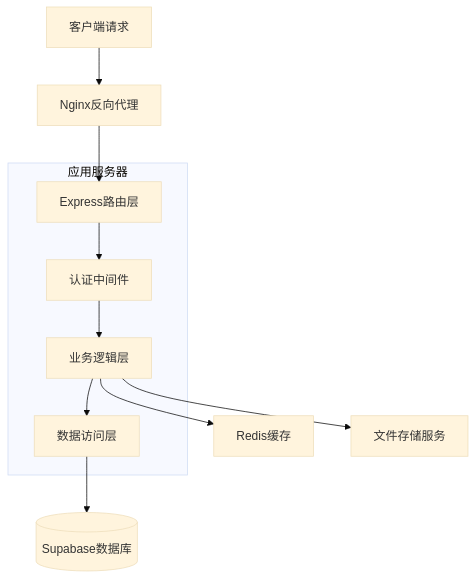
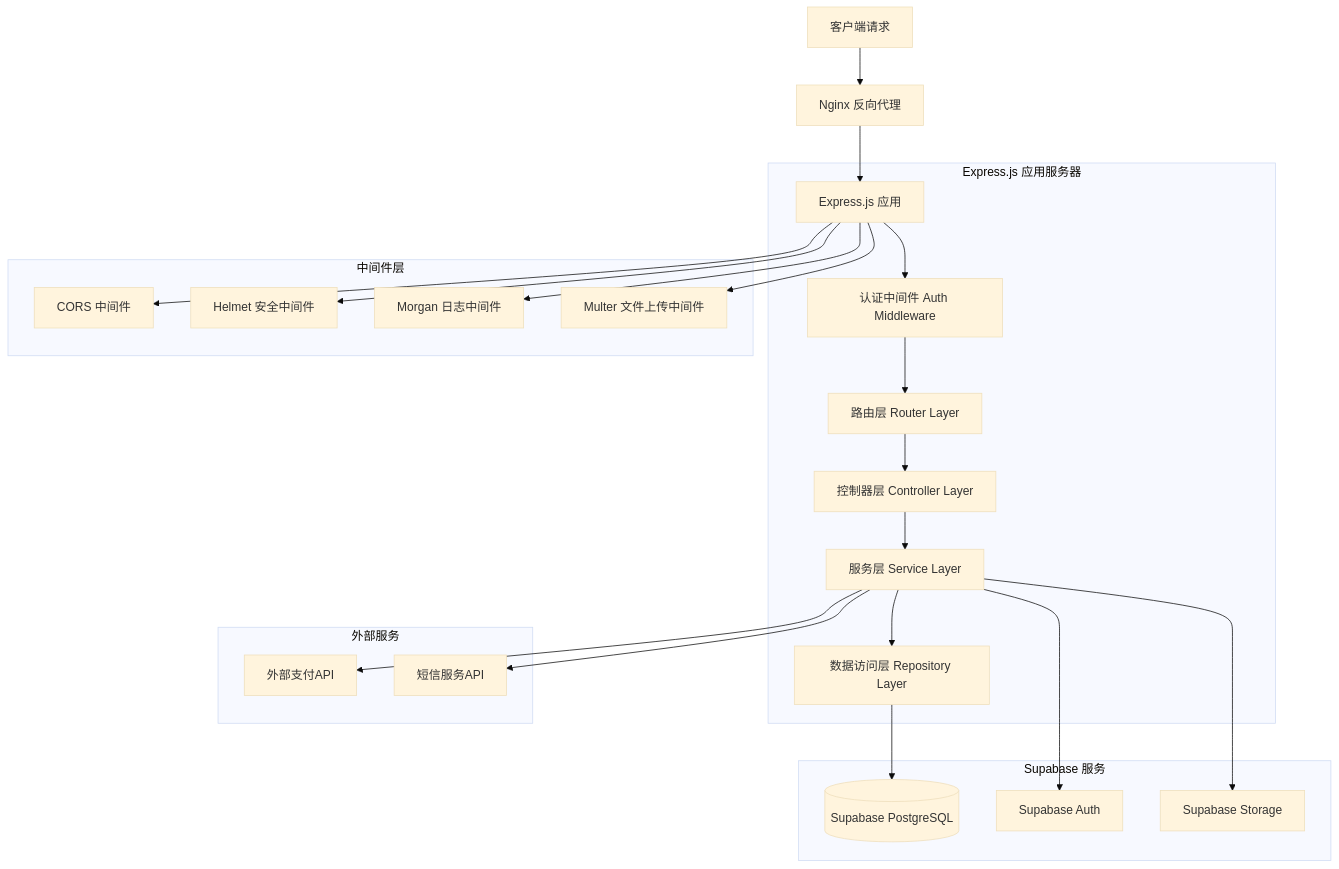
The second of 3 diagrams in docs/技术架构文档.md (JackWPP/XGX_Flash_Fix), drawn with Mermaid (base theme) before and after one commit. The commit also changed other lines of this file and 2 other files, not shown here.

````diff
--- a/docs/技术架构文档.md
+++ b/docs/技术架构文档.md
@@ -138,18 +290,48 @@
 ```mermaid
 graph TD
-    A[客户端请求] --> B[Nginx反向代理]
-    B --> C[Express路由层]
-    C --> D[认证中间件]
-    D --> E[业务逻辑层]
-    E --> F[数据访问层]
-    F --> G[(Supabase数据库)]
-    E --> H[Redis缓存]
-    E --> I[文件存储服务]
+    A[客户端请求] --> B[Nginx 反向代理]
+    B --> C[Express.js 应用]
+    C --> D[认证中间件 Auth Middleware]
+    D --> E[路由层 Router Layer]
+    E --> F[控制器层 Controller Layer]
+    F --> G[服务层 Service Layer]
+    G --> H[数据访问层 Repository Layer]
+    H --> I[(Supabase PostgreSQL)]
     
-    subgraph "应用服务器"
+    G --> J[Supabase Auth]
+    G --> K[Supabase Storage]
+    G --> L[外部支付API]
+    G --> M[短信服务API]
+    
+    subgraph "Express.js 应用服务器"
         C
         D
         E
         F
+        G
+        H
     end
+    
+    subgraph "Supabase 服务"
+        I
+        J
+        K
+    end
+    
+    subgraph "外部服务"
+        L
+        M
+    end
+    
+    subgraph "中间件层"
+        N[CORS 中间件]
+        O[Helmet 安全中间件]
+        P[Morgan 日志中间件]
+        Q[Multer 文件上传中间件]
+    end
+    
+    C --> N
+    C --> O
+    C --> P
+    C --> Q
 ```
````
